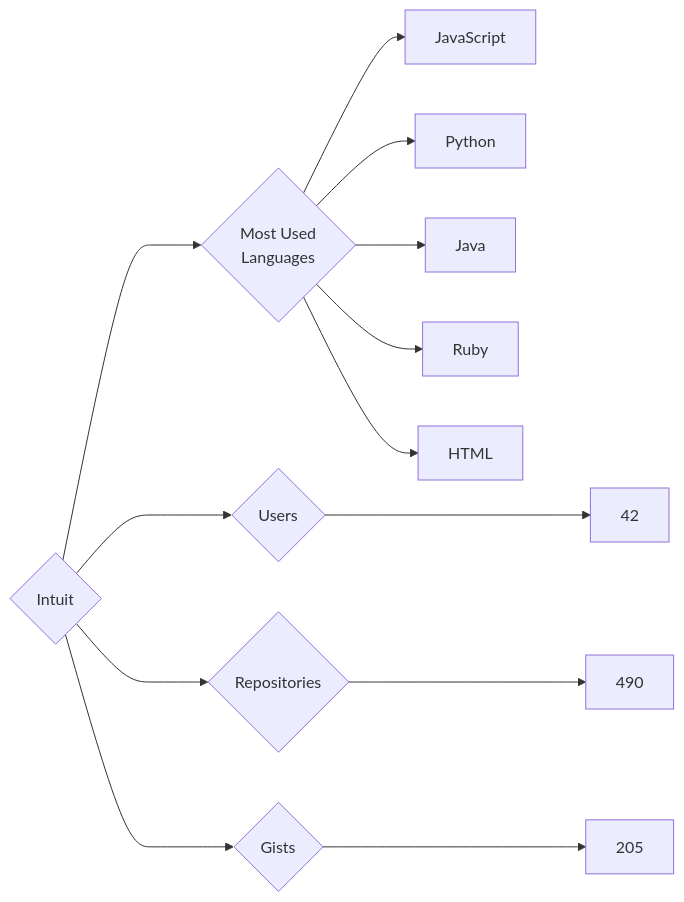
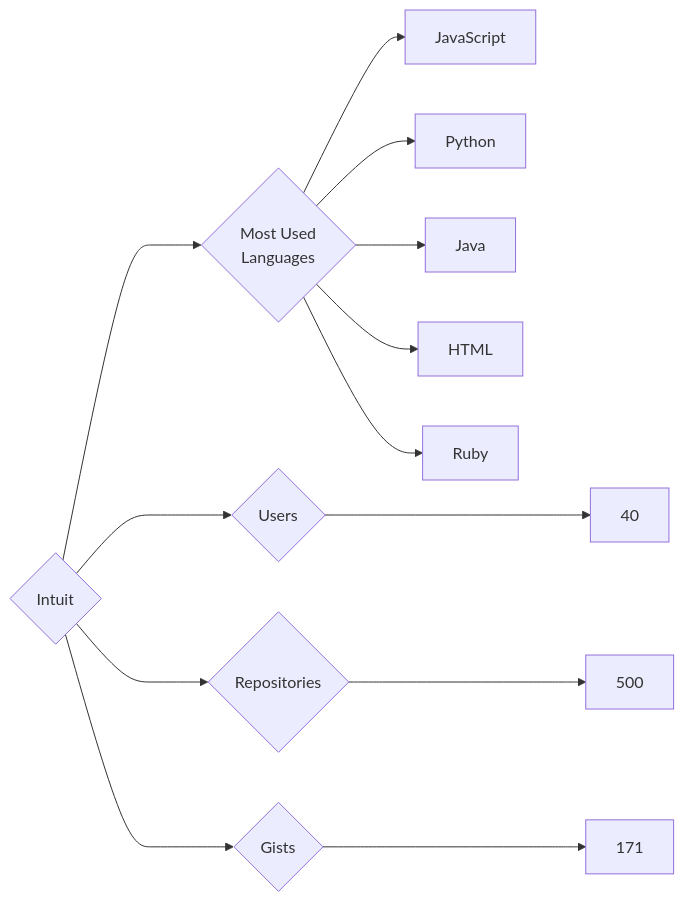
One commit to trickest/insiders changed the diagram in targets/Intuit/README.md. Above: the diagram before and after it, drawn with Mermaid. The commit also changed 757 other files, not shown here.

````diff
--- a/targets/Intuit/README.md
+++ b/targets/Intuit/README.md
@@ -3,13 +3,13 @@
 ```mermaid
 graph LR
 COMPANY_NAME{Intuit}
-COMPANY_NAME ---> U{Users} ---> UN[42]
-COMPANY_NAME ---> R{Repositories} ---> RN[490]
-COMPANY_NAME ---> G{Gists} ---> GN[205]
+COMPANY_NAME ---> U{Users} ---> UN[40]
+COMPANY_NAME ---> R{Repositories} ---> RN[500]
+COMPANY_NAME ---> G{Gists} ---> GN[171]
 COMPANY_NAME ---> ML{Most Used<br>Languages}
 ML --> JavaScript[JavaScript]
 ML --> Python[Python]
 ML --> Java[Java]
+ML --> HTML[HTML]
 ML --> Ruby[Ruby]
-ML --> HTML[HTML]
 ```
````
